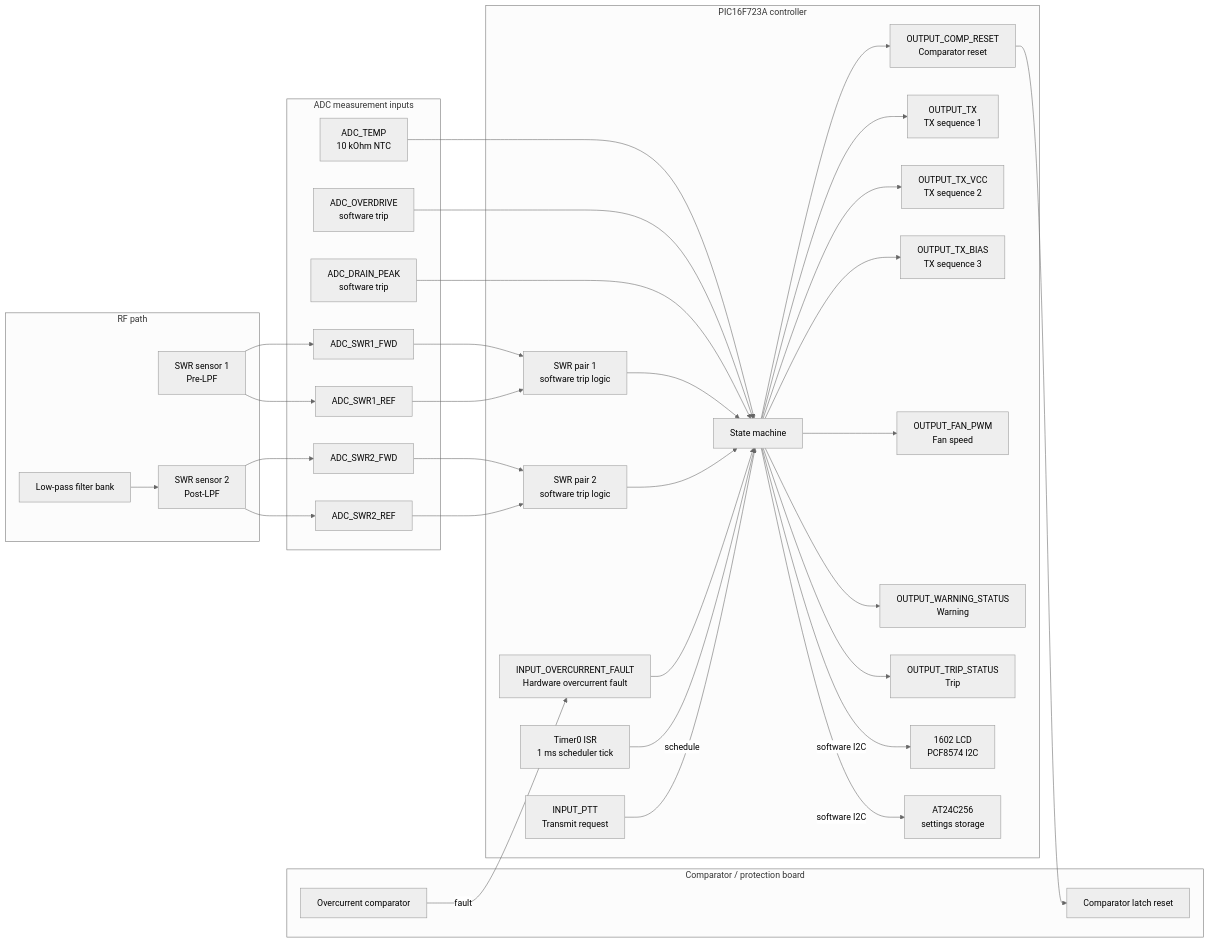
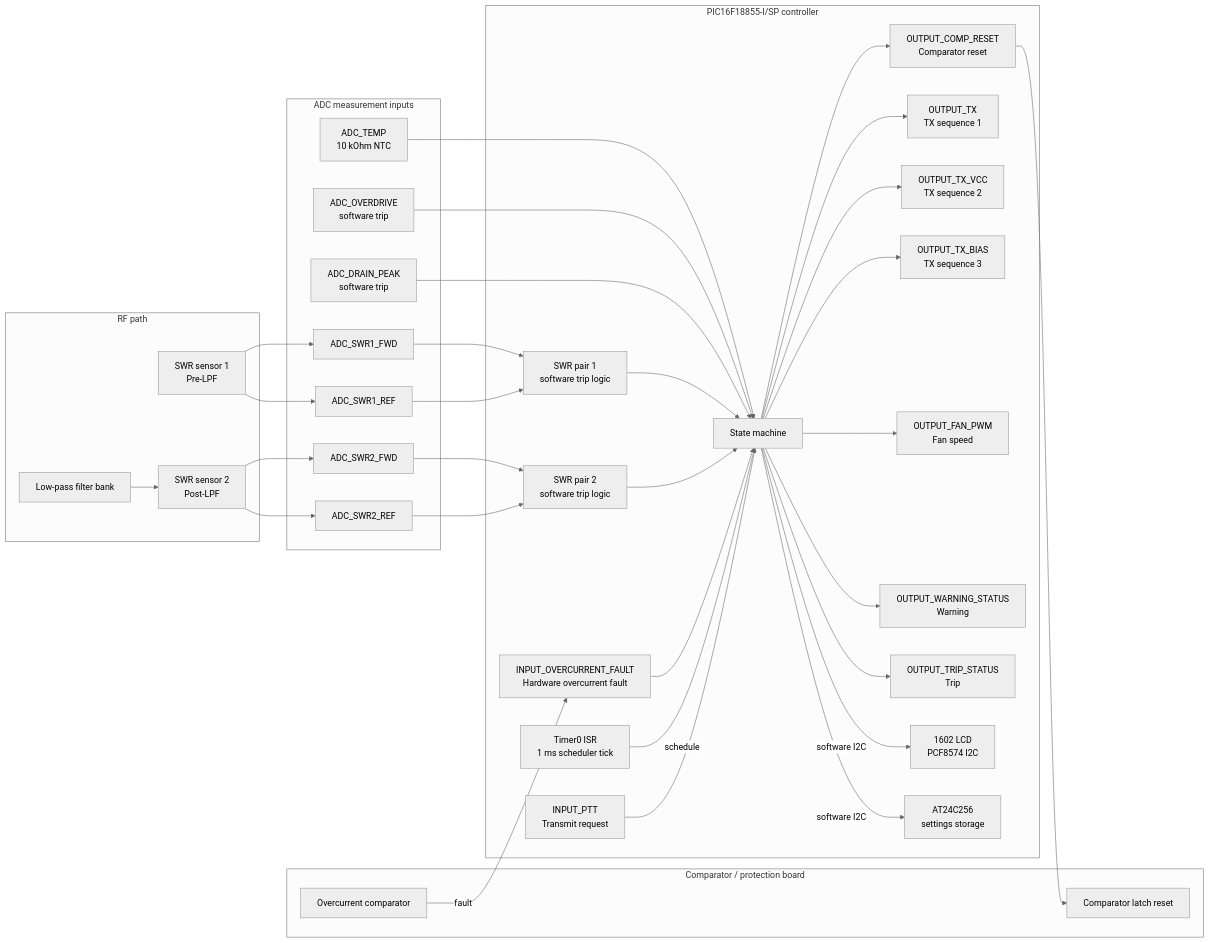
Before and after one commit to sjk7/PicAmpControl: the diagram in README.md, drawn with Mermaid (neutral theme). The commit also changed other lines of this file and 7 other files, not shown here.

````diff
--- a/README.md
+++ b/README.md
@@ -42,73 +42,73 @@
 ```mermaid
 flowchart LR
     subgraph RF["RF path"]
         PRE["SWR sensor 1\nPre-LPF"]
         FILTER["Low-pass filter bank"]
         POST["SWR sensor 2\nPost-LPF"]
     end
 
     subgraph ADC["ADC measurement inputs"]
         PRE_FWD["ADC_SWR1_FWD"]
         PRE_REF["ADC_SWR1_REF"]
         POST_FWD["ADC_SWR2_FWD"]
         POST_REF["ADC_SWR2_REF"]
         TEMP["ADC_TEMP\n10 kOhm NTC"]
         OVERDRIVE["ADC_OVERDRIVE\nsoftware trip"]
         DRAIN_ADC["ADC_DRAIN_PEAK\nsoftware trip"]
     end
 
     subgraph ComparatorBoard["Comparator / protection board"]
         OC["Overcurrent comparator"]
         COMP_RESET["Comparator latch reset"]
     end
 
-    subgraph MCU["PIC16F723A controller"]
+    subgraph MCU["PIC16F18855-I/SP controller"]
         PTT["INPUT_PTT\nTransmit request"]
         RESET["OUTPUT_COMP_RESET\nComparator reset"]
         HARD["INPUT_OVERCURRENT_FAULT\nHardware overcurrent fault"]
         TICK["Timer0 ISR\n1 ms scheduler tick"]
         STATE["State machine"]
         SWR1["SWR pair 1\nsoftware trip logic"]
         SWR2["SWR pair 2\nsoftware trip logic"]
         TX["OUTPUT_TX\nTX sequence 1"]
         TXVCC["OUTPUT_TX_VCC\nTX sequence 2"]
         TXBIAS["OUTPUT_TX_BIAS\nTX sequence 3"]
         FAN["OUTPUT_FAN_PWM\nFan speed"]
         WARN["OUTPUT_WARNING_STATUS\nWarning"]
         TRIP["OUTPUT_TRIP_STATUS\nTrip"]
         LCD["1602 LCD\nPCF8574 I2C"]
         EEPROM["AT24C256\nsettings storage"]
     end
 
     PRE --> PRE_FWD
     PRE --> PRE_REF
     FILTER --> POST
     POST --> POST_FWD
     POST --> POST_REF
 
     PRE_FWD --> SWR1
     PRE_REF --> SWR1
     POST_FWD --> SWR2
     POST_REF --> SWR2
     TEMP --> STATE
     OVERDRIVE --> STATE
     DRAIN_ADC --> STATE
 
     SWR1 --> STATE
     SWR2 --> STATE
     OC -->|fault| HARD
     HARD --> STATE
     TICK -->|schedule| STATE
 
     PTT --> STATE
     STATE --> RESET
     RESET --> COMP_RESET
     STATE --> TX
     STATE --> TXVCC
     STATE --> TXBIAS
     STATE --> FAN
     STATE --> WARN
     STATE --> TRIP
     STATE -->|software I2C| LCD
     STATE -->|software I2C| EEPROM
 ```
````
